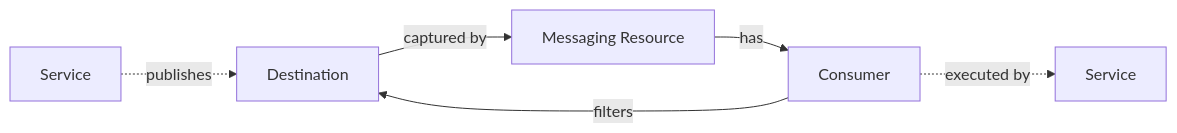
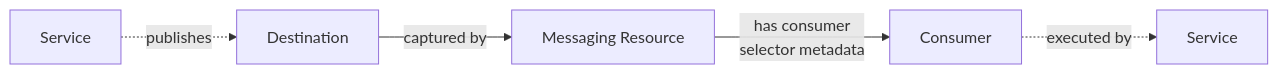
Before and after one commit to lucacox/eventatlas-docs: the first of 4 diagrams in architecture/domain-model.md, drawn with Mermaid. The commit also changed other lines of this file and 1 other file, not shown here.

Commit message:
docs: define consumer selector binding semantics

````diff
--- a/architecture/domain-model.md
+++ b/architecture/domain-model.md
@@ -110,14 +110,13 @@
 ```mermaid
 flowchart LR
     serviceA[Service]
     destination[Destination]
     resource[Messaging Resource]
     consumer[Consumer]
     serviceB[Service]
 
     serviceA -. publishes .-> destination
     destination -->|captured by| resource
-    resource -->|has| consumer
-    consumer -->|filters| destination
+    resource -->|has consumer<br/>selector metadata| consumer
     consumer -. executed by .-> serviceB
 ```
````
